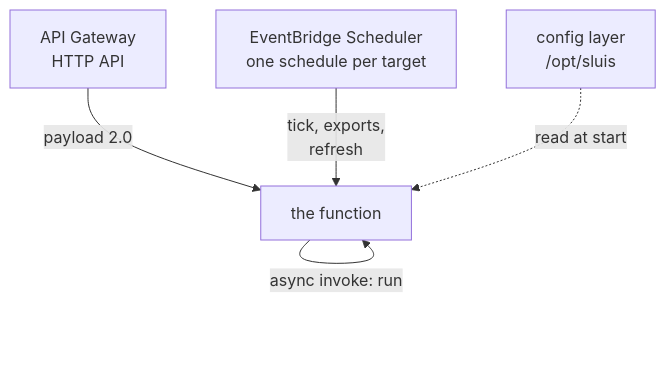
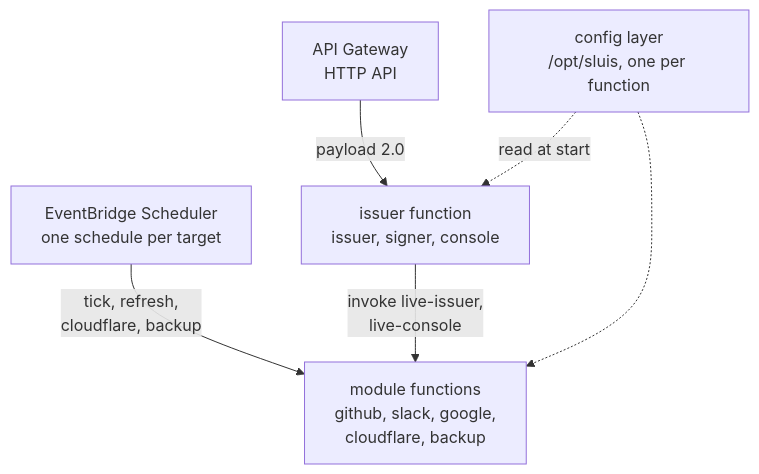
Before and after one commit to truvity/sluis: the first of 2 diagrams in docs/concepts/sluis/lambda.md, drawn with Mermaid. The commit also changed other lines of this file and 22 other files, not shown here.

First line of the commit message:
docs: refresh the sluis documentation for v1.76.3

````diff
--- a/docs/concepts/sluis/lambda.md
+++ b/docs/concepts/sluis/lambda.md
@@ -10,7 +11,8 @@
 ```mermaid
 flowchart TB
-  GW["API Gateway<br/>HTTP API"] -->|"payload 2.0"| F["the function"]
-  SCH["EventBridge Scheduler<br/>one schedule per target"] -->|"tick, exports,<br/>refresh"| F
-  L["config layer<br/>/opt/sluis"] -.->|"read at start"| F
-  F -->|"async invoke: run"| F
+  GW["API Gateway<br/>HTTP API"] -->|"payload 2.0"| I["issuer function<br/>issuer, signer, console"]
+  SCH["EventBridge Scheduler<br/>one schedule per target"] -->|"tick, refresh,<br/>cloudflare, backup"| M["module functions<br/>github, slack, google,<br/>cloudflare, backup"]
+  I -->|"invoke live-issuer,<br/>live-console"| M
+  L["config layer<br/>/opt/sluis, one per function"] -.->|"read at start"| I
+  L -.-> M
 ```
````
